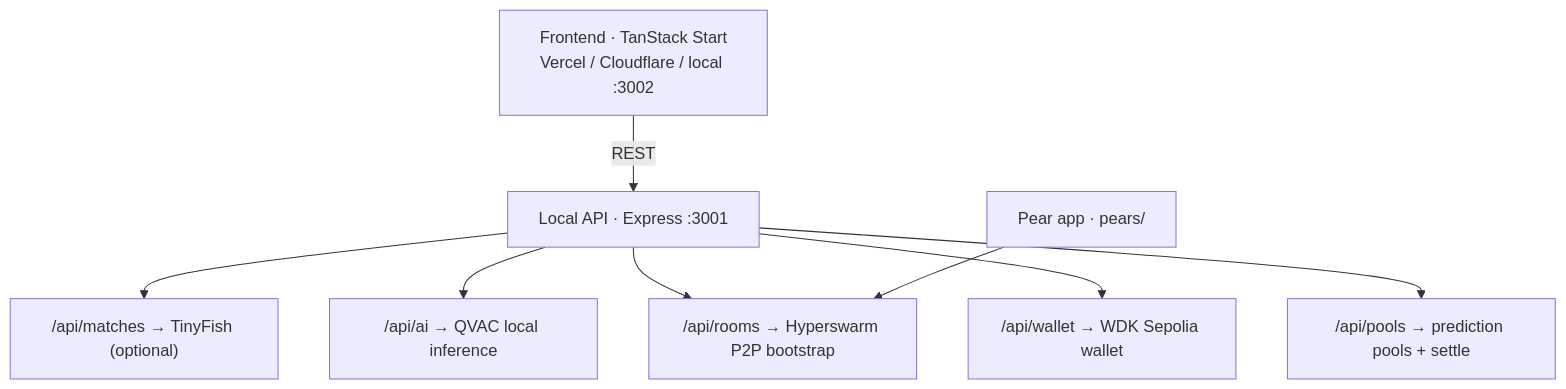
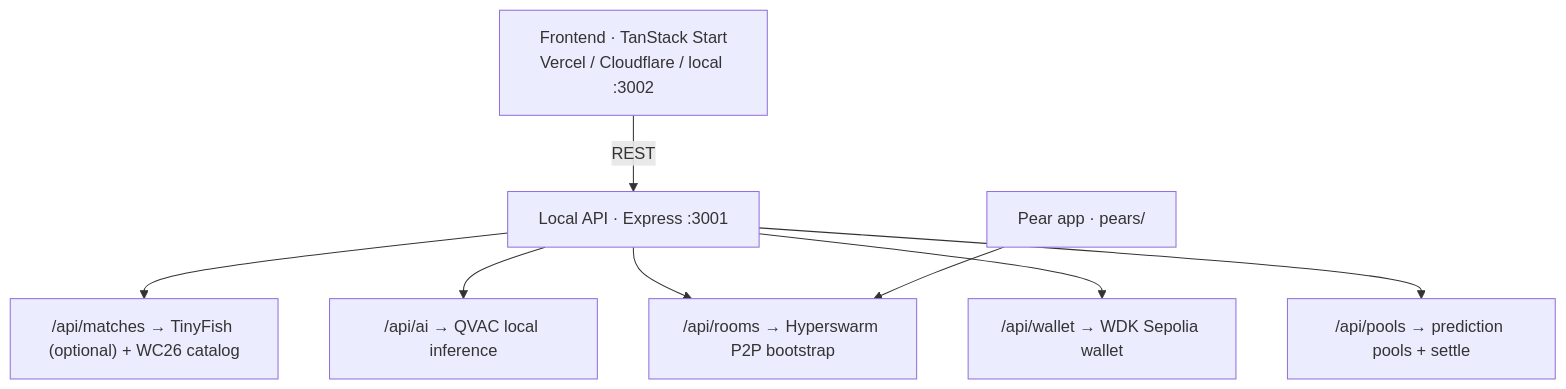
One commit to henrysammarfo/kickoff changed the diagram in README.md. Above: the diagram before and after it, drawn with Mermaid. The commit also changed other lines of this file and 6 other files, not shown here.

````diff
--- a/README.md
+++ b/README.md
@@ -46,14 +58,14 @@
 ```mermaid
 flowchart TB
   FE["Frontend · TanStack Start<br/>Vercel / Cloudflare / local :3002"]
   API["Local API · Express :3001"]
   Pear["Pear app · pears/"]
 
   FE -->|REST| API
-  API --> M["/api/matches → TinyFish (optional)"]
+  API --> M["/api/matches → TinyFish (optional) + WC26 catalog"]
   API --> A["/api/ai → QVAC local inference"]
   API --> R["/api/rooms → Hyperswarm P2P bootstrap"]
   API --> W["/api/wallet → WDK Sepolia wallet"]
   API --> P["/api/pools → prediction pools + settle"]
   Pear --> R
 ```
````
